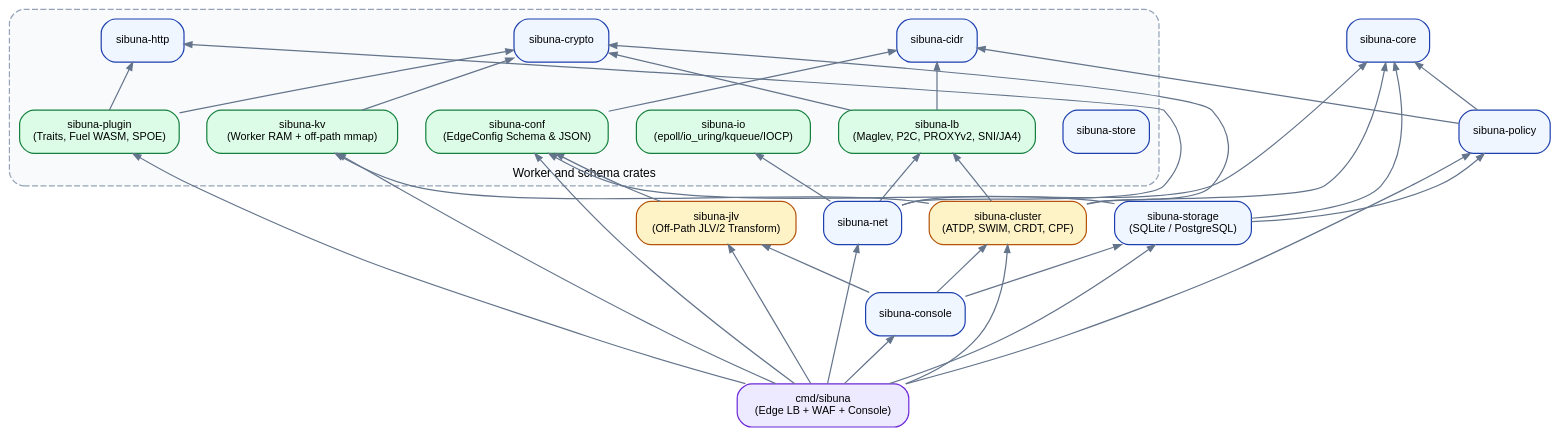
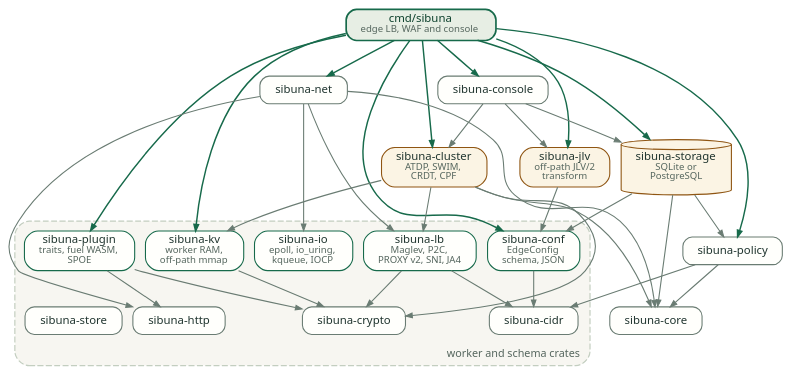
One commit to insanai/sibuna changed the diagram in docs/sid/diagrams/edge-crates.dot. Above: the diagram before and after it, drawn with Graphviz. The commit also changed 40 other files, not shown here.

```diff
--- a/docs/sid/diagrams/edge-crates.dot
+++ b/docs/sid/diagrams/edge-crates.dot
@@ -1,40 +1,50 @@
 digraph edge_crates {
-  graph [rankdir=BT, bgcolor="transparent", fontname="Helvetica", fontsize=10, nodesep=0.32, ranksep=0.55];
-  node [shape=box, style="rounded,filled", fontname="Helvetica", fontsize=9, fillcolor="#eff6ff", color="#1e40af", penwidth=1.0];
-  edge [color="#64748b", arrowsize=0.65];
+  graph [rankdir=TB, bgcolor="transparent", newrank=true, nodesep=0.12, ranksep=0.42, pad=0.1, fontname="Noto Sans", fontsize=9, fontcolor="#55665e"];
+  node [shape=box, style="rounded,filled", fontname="Noto Sans", fontsize=9.5, fontcolor="#20352f", color="#6a7c73", fillcolor="#fffffc", penwidth=0.9, height=0.32, margin="0.17,0.05"];
+  edge [color="#6a7c73", arrowsize=0.55, penwidth=0.9];
+
+  daemon [label=<cmd/sibuna<BR/><FONT POINT-SIZE="8" COLOR="#55665e">edge LB, WAF and console</FONT>>, color="#176a4b", fillcolor="#e7eee4", fontcolor="#0c402c", penwidth=1.4];
+  console [label="sibuna-console"];
+  net [label="sibuna-net"];
+  jlv [label=<sibuna-jlv<BR/><FONT POINT-SIZE="8" COLOR="#55665e">off-path JLV/2<BR/>transform</FONT>>, color="#8f5512", fillcolor="#fbf4e4"];
+  cluster [label=<sibuna-cluster<BR/><FONT POINT-SIZE="8" COLOR="#55665e">ATDP, SWIM,<BR/>CRDT, CPF</FONT>>, color="#8f5512", fillcolor="#fbf4e4"];
+  storage [label=<sibuna-storage<BR/><FONT POINT-SIZE="8" COLOR="#55665e">SQLite or<BR/>PostgreSQL</FONT>>, color="#8f5512", fillcolor="#fbf4e4", shape=cylinder, style=filled];
+  policy [label="sibuna-policy"];
+  core [label="sibuna-core"];
 
   subgraph cluster_reusable {
-    label="Worker and schema crates";
-    style="dashed,rounded"; color="#94a3b8"; bgcolor="#f8fafc";
+    label="worker and schema crates"; labelloc=b; labeljust=r; style="dashed,rounded,filled"; color="#c3cec0"; fillcolor="#f7f6f1"; margin=8;
+    node [color="#176a4b"];
+    io [label=<sibuna-io<BR/><FONT POINT-SIZE="8" COLOR="#55665e">epoll, io_uring,<BR/>kqueue, IOCP</FONT>>];
+    kv [label=<sibuna-kv<BR/><FONT POINT-SIZE="8" COLOR="#55665e">worker RAM,<BR/>off-path mmap</FONT>>];
+    lb [label=<sibuna-lb<BR/><FONT POINT-SIZE="8" COLOR="#55665e">Maglev, P2C,<BR/>PROXY v2, SNI, JA4</FONT>>];
+    conf [label=<sibuna-conf<BR/><FONT POINT-SIZE="8" COLOR="#55665e">EdgeConfig<BR/>schema, JSON</FONT>>];
+    plugin [label=<sibuna-plugin<BR/><FONT POINT-SIZE="8" COLOR="#55665e">traits, fuel WASM,<BR/>SPOE</FONT>>];
+    node [color="#6a7c73"];
     crypto [label="sibuna-crypto"];
     cidr [label="sibuna-cidr"];
     store [label="sibuna-store"];
     http [label="sibuna-http"];
-    io [label="sibuna-io\n(epoll/io_uring/kqueue/IOCP)", fillcolor="#dcfce7", color="#15803d"];
-    kv [label="sibuna-kv\n(Worker RAM + off-path mmap)", fillcolor="#dcfce7", color="#15803d"];
-    lb [label="sibuna-lb\n(Maglev, P2C, PROXYv2, SNI/JA4)", fillcolor="#dcfce7", color="#15803d"];
-    conf [label="sibuna-conf\n(EdgeConfig Schema & JSON)", fillcolor="#dcfce7", color="#15803d"];
-    plugin [label="sibuna-plugin\n(Traits, Fuel WASM, SPOE)", fillcolor="#dcfce7", color="#15803d"];
   }
 
-  core [label="sibuna-core"];
-  policy [label="sibuna-policy"];
-  jlv [label="sibuna-jlv\n(Off-Path JLV/2 Transform)", fillcolor="#fef3c7", color="#b45309"];
-  net [label="sibuna-net"];
-  cluster [label="sibuna-cluster\n(ATDP, SWIM, CRDT, CPF)", fillcolor="#fef3c7", color="#b45309"];
-  storage [label="sibuna-storage\n(SQLite / PostgreSQL)"];
-  console [label="sibuna-console"];
-  daemon [label="cmd/sibuna\n(Edge LB + WAF + Console)", fillcolor="#ede9fe", color="#6d28d9"];
+  { rank=same; console; net; }
+  { rank=same; storage; cluster; jlv; }
+  { rank=same; policy; conf; lb; kv; io; plugin; }
+  { rank=same; core; cidr; crypto; http; store; }
 
+  daemon -> net [color="#176a4b", penwidth=1.2]; daemon -> cluster [color="#176a4b", penwidth=1.2];
+  daemon -> kv [color="#176a4b", penwidth=1.2]; daemon -> conf [color="#176a4b", penwidth=1.2];
+  daemon -> jlv [color="#176a4b", penwidth=1.2]; daemon -> plugin [color="#176a4b", penwidth=1.2];
+  daemon -> policy [color="#176a4b", penwidth=1.2]; daemon -> storage [color="#176a4b", penwidth=1.2];
+  daemon -> console [color="#176a4b", penwidth=1.2];
+  console -> storage; console -> cluster; console -> jlv;
+  storage -> conf; storage -> policy; storage -> core;
+  cluster -> lb; cluster -> kv; cluster -> crypto; cluster -> core;
+  net -> io; net -> lb; net -> http; net -> core;
+  jlv -> conf;
+  policy -> core; policy -> cidr;
+  plugin -> http; plugin -> crypto;
+  conf -> cidr;
+  lb -> crypto; lb -> cidr;
   kv -> crypto;
-  lb -> crypto; lb -> cidr;
-  conf -> cidr;
-  plugin -> http; plugin -> crypto;
-  policy -> core; policy -> cidr;
-  jlv -> conf;
-  net -> io; net -> lb; net -> http; net -> core;
-  cluster -> lb; cluster -> kv; cluster -> crypto; cluster -> core;
-  storage -> conf; storage -> policy; storage -> core;
-  console -> storage; console -> cluster; console -> jlv;
-  daemon -> net; daemon -> cluster; daemon -> kv; daemon -> conf; daemon -> jlv; daemon -> plugin; daemon -> policy; daemon -> storage; daemon -> console;
 }
```
